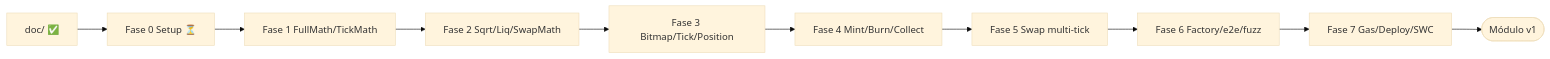
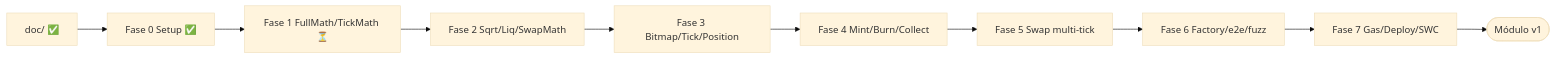
One commit to rastrahm/amm-v3-concentrated-liquidity changed the ninth of 9 diagrams in doc/flujograma.md. Above: the diagram before and after it, drawn with Mermaid (base theme). The commit also changed other lines of this file and 17 other files, not shown here.

````diff
--- a/doc/flujograma.md
+++ b/doc/flujograma.md
@@ -167,12 +167,12 @@
 ```mermaid
 flowchart LR
-    Doc[doc/ ✅] --> F0[Fase 0 Setup ⏳]
-    F0 --> F1[Fase 1 FullMath/TickMath]
+    Doc[doc/ ✅] --> F0[Fase 0 Setup ✅]
+    F0 --> F1[Fase 1 FullMath/TickMath ⏳]
     F1 --> F2[Fase 2 Sqrt/Liq/SwapMath]
     F2 --> F3[Fase 3 Bitmap/Tick/Position]
     F3 --> F4[Fase 4 Mint/Burn/Collect]
     F4 --> F5[Fase 5 Swap multi-tick]
     F5 --> F6[Fase 6 Factory/e2e/fuzz]
     F6 --> F7[Fase 7 Gas/Deploy/SWC]
     F7 --> Done([Módulo v1])
 ```
````
